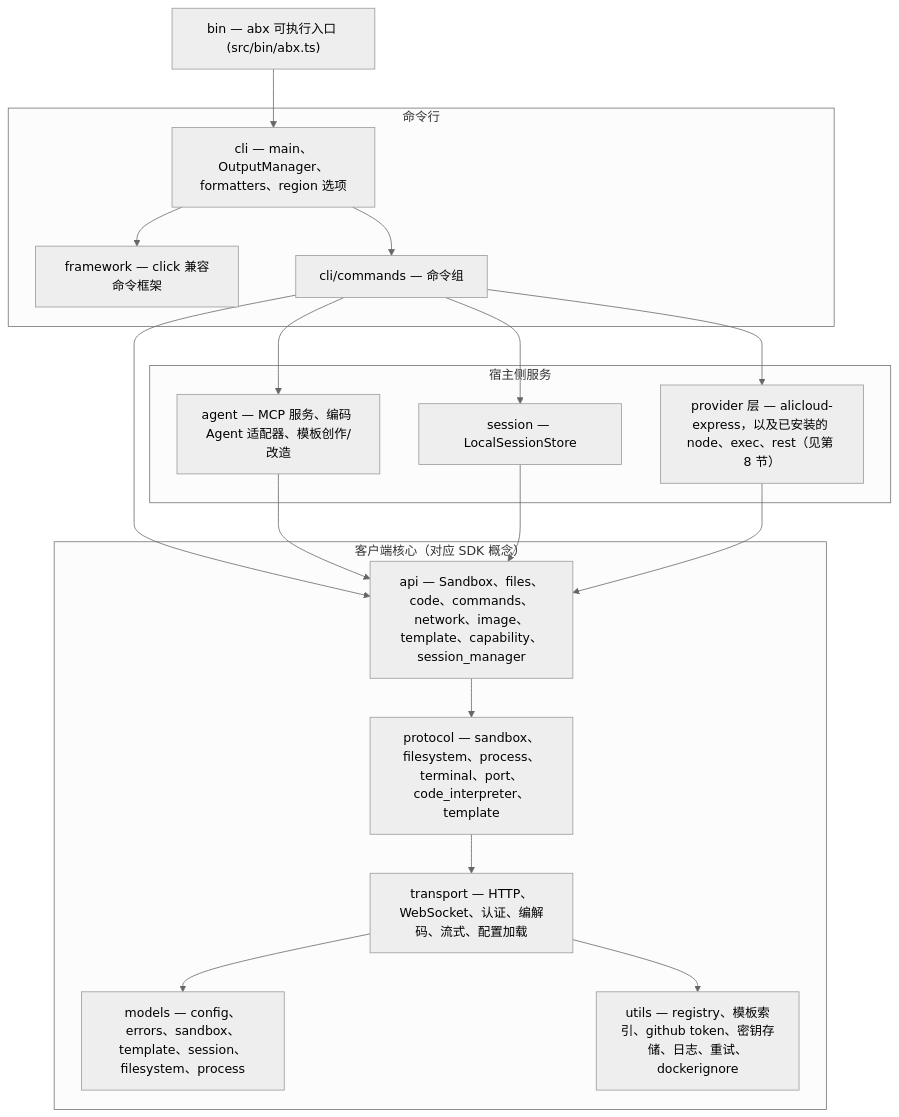
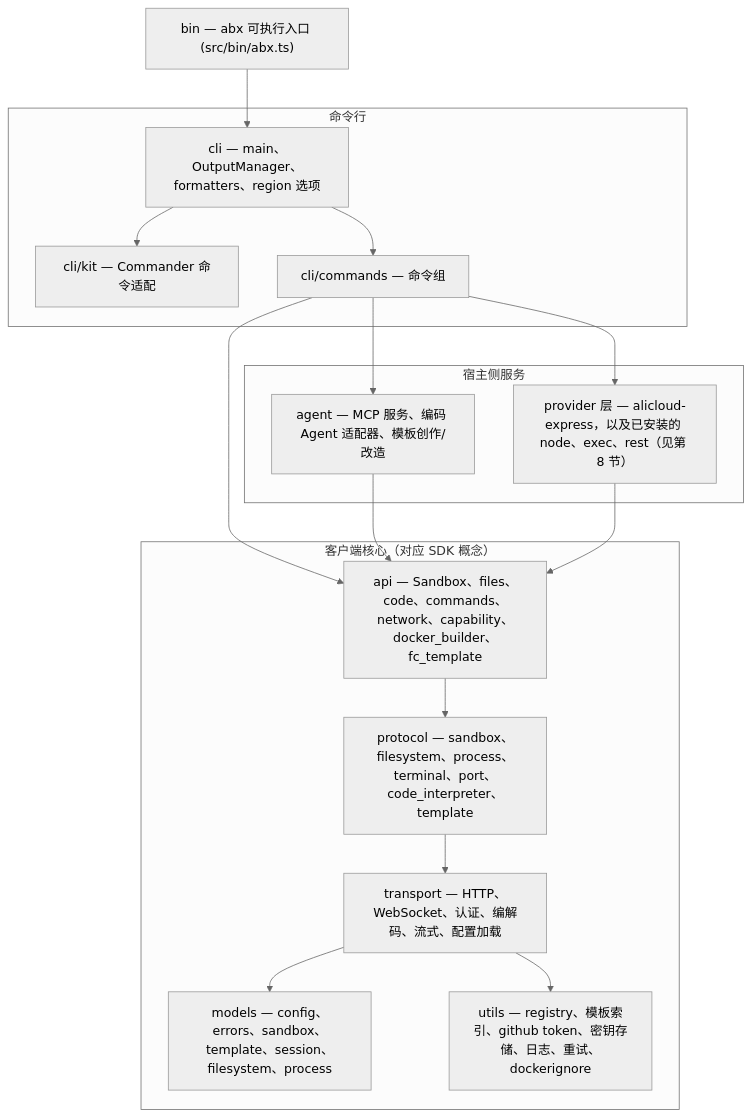
Before and after one commit to Alibaba-Agent-Sandbox/agent-sandbox: the diagram in docs/zh/design/architecture.md, drawn with Mermaid (neutral theme). The commit also changed other lines of this file and 44 other files, not shown here.

````diff
--- a/docs/zh/design/architecture.md
+++ b/docs/zh/design/architecture.md
@@ -15,35 +15,32 @@
 ```mermaid
 graph TB
     BIN["bin — abx 可执行入口 (src/bin/abx.ts)"]
     subgraph Front["命令行"]
-        FW["framework — click 兼容命令框架"]
+        FW["cli/kit — Commander 命令适配"]
         CLI["cli — main、OutputManager、formatters、region 选项"]
         CMD["cli/commands — 命令组"]
     end
     subgraph Services["宿主侧服务"]
         AG["agent — MCP 服务、编码 Agent 适配器、模板创作/改造"]
         PRV["provider 层 — alicloud-express，以及已安装的 node、exec、rest（见第 8 节）"]
-        SES["session — LocalSessionStore"]
     end
     subgraph Core["客户端核心（对应 SDK 概念）"]
-        API["api — Sandbox、files、code、commands、network、image、template、capability、session_manager"]
+        API["api — Sandbox、files、code、commands、network、capability、docker_builder、fc_template"]
         PRO["protocol — sandbox、filesystem、process、terminal、port、code_interpreter、template"]
         TRA["transport — HTTP、WebSocket、认证、编解码、流式、配置加载"]
         MOD["models — config、errors、sandbox、template、session、filesystem、process"]
         UTL["utils — registry、模板索引、github token、密钥存储、日志、重试、dockerignore"]
     end
 
     BIN --> CLI
     CLI --> FW
     CLI --> CMD
     CMD --> AG
-    CMD --> SES
     CMD --> API
     CMD --> PRV
     AG --> API
-    SES --> API
     PRV --> API
     API --> PRO --> TRA
     TRA --> MOD
     TRA --> UTL
 ```
````
